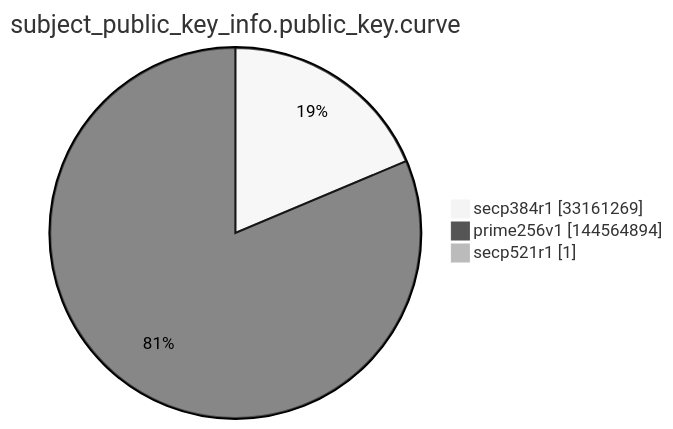
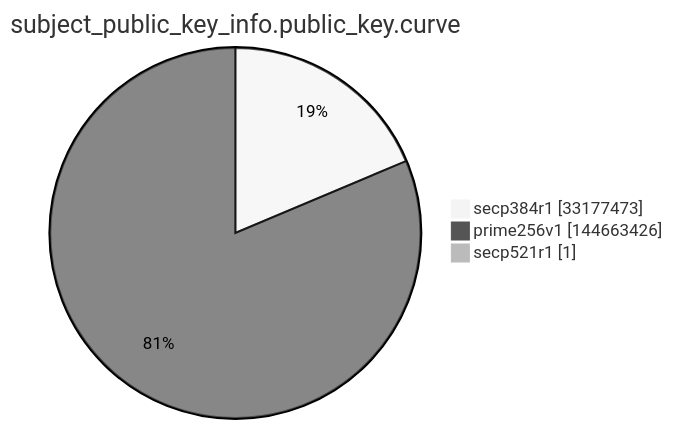
The ninth of 15 diagrams in argon2022/README.md (christiankrug/ctmonitor_visualization), drawn with Mermaid (neutral theme) before and after one commit. The commit also changed other lines of this file, not shown here.

````diff
--- a/argon2022/README.md
+++ b/argon2022/README.md
@@ -2764,7 +2764,7 @@
 ```mermaid
 pie showData
 title subject_public_key_info.public_key.curve
-"secp384r1" :33161269
-"prime256v1" :144564894
+"secp384r1" :33177473
+"prime256v1" :144663426
 "secp521r1" :1
 ```
````
